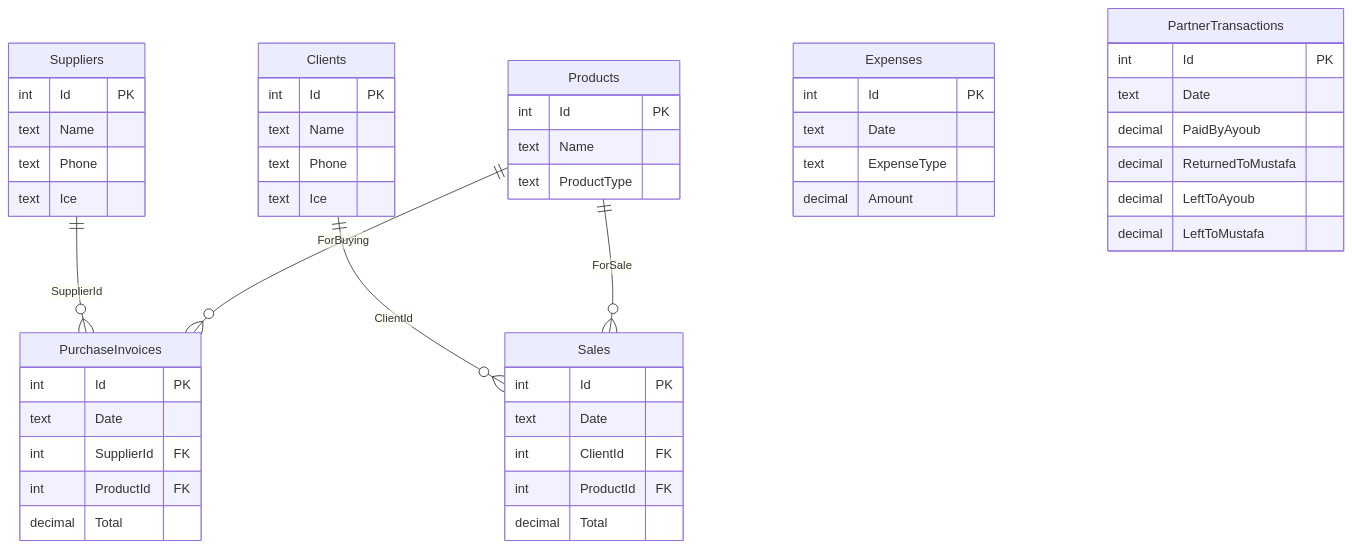
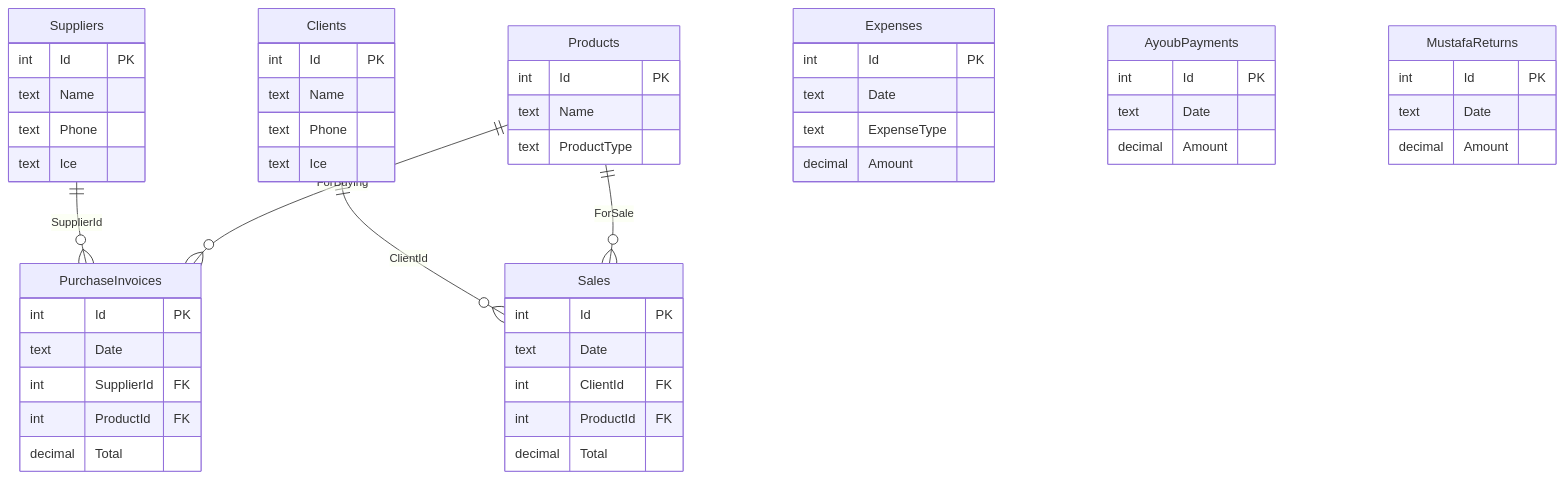
The diagram in DATABASE_DESIGN.md (yassin-ajanif/recyclage), drawn with Mermaid before and after one commit. The commit also changed other lines of this file and 20 other files, not shown here.

Commit message:
Refactor PartnerTransactions into two separate tables: AyoubPayments and MustafaReturns, enhancing data organization and clarity. Update related view models, database context, and UI components to support the new structure, ensuring a seamless transition for managing partner transactions.

````diff
--- a/DATABASE_DESIGN.md
+++ b/DATABASE_DESIGN.md
@@ -66,59 +68,62 @@
 ```mermaid
 erDiagram
     Suppliers ||--o{ PurchaseInvoices : SupplierId
     Clients ||--o{ Sales : ClientId
     Products ||--o{ PurchaseInvoices : ForBuying
     Products ||--o{ Sales : ForSale
 
     Clients {
         int Id PK
         text Name
         text Phone
         text Ice
     }
 
     Suppliers {
         int Id PK
         text Name
         text Phone
         text Ice
     }
 
     Products {
         int Id PK
         text Name
         text ProductType
     }
 
     PurchaseInvoices {
         int Id PK
         text Date
         int SupplierId FK
         int ProductId FK
         decimal Total
     }
 
     Sales {
         int Id PK
         text Date
         int ClientId FK
         int ProductId FK
         decimal Total
     }
 
     Expenses {
         int Id PK
         text Date
         text ExpenseType
         decimal Amount
     }
 
-    PartnerTransactions {
+    AyoubPayments {
         int Id PK
         text Date
-        decimal PaidByAyoub
-        decimal ReturnedToMustafa
-        decimal LeftToAyoub
-        decimal LeftToMustafa
+        decimal Amount
+    }
+
+    MustafaReturns {
+        int Id PK
+        text Date
+        decimal Amount
     }
 ```
````
